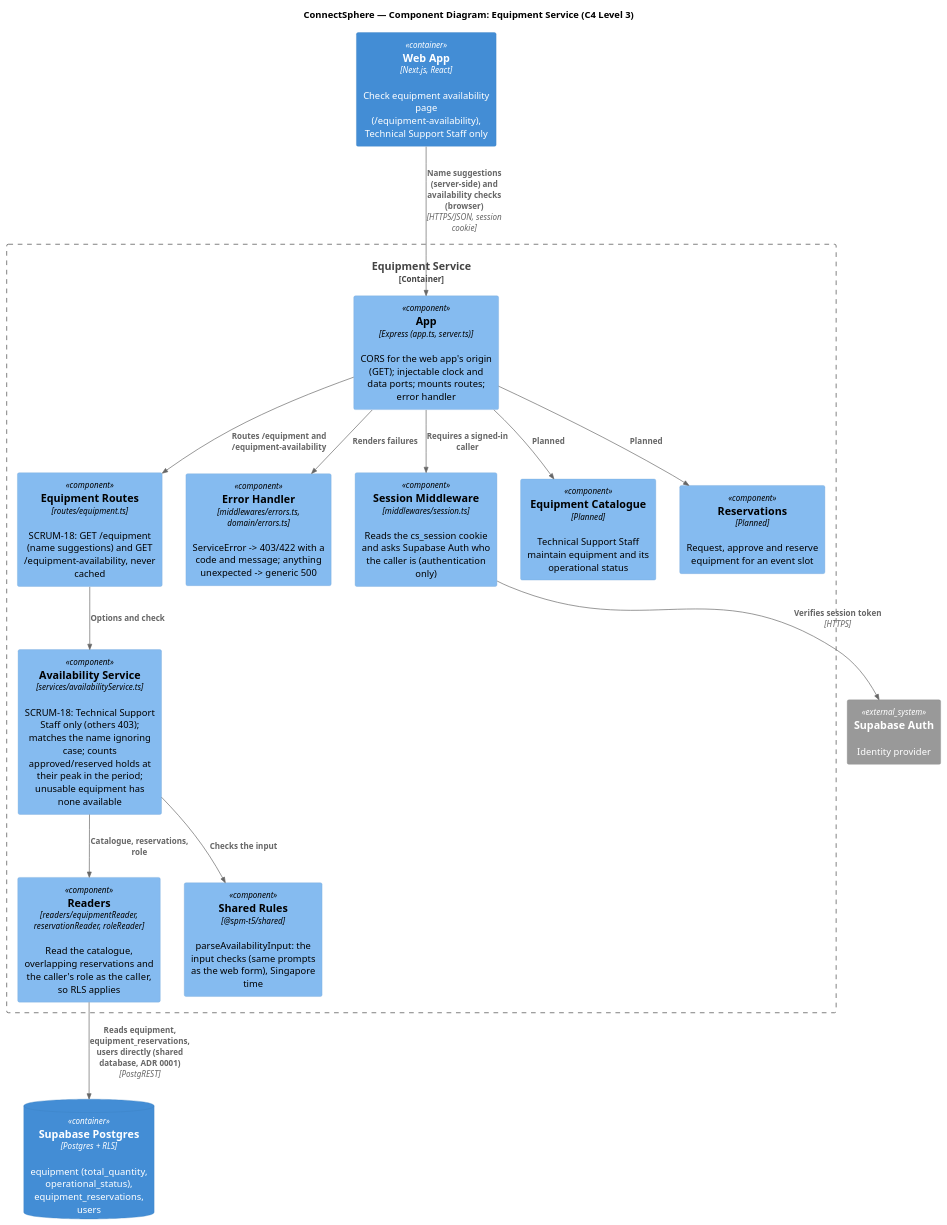
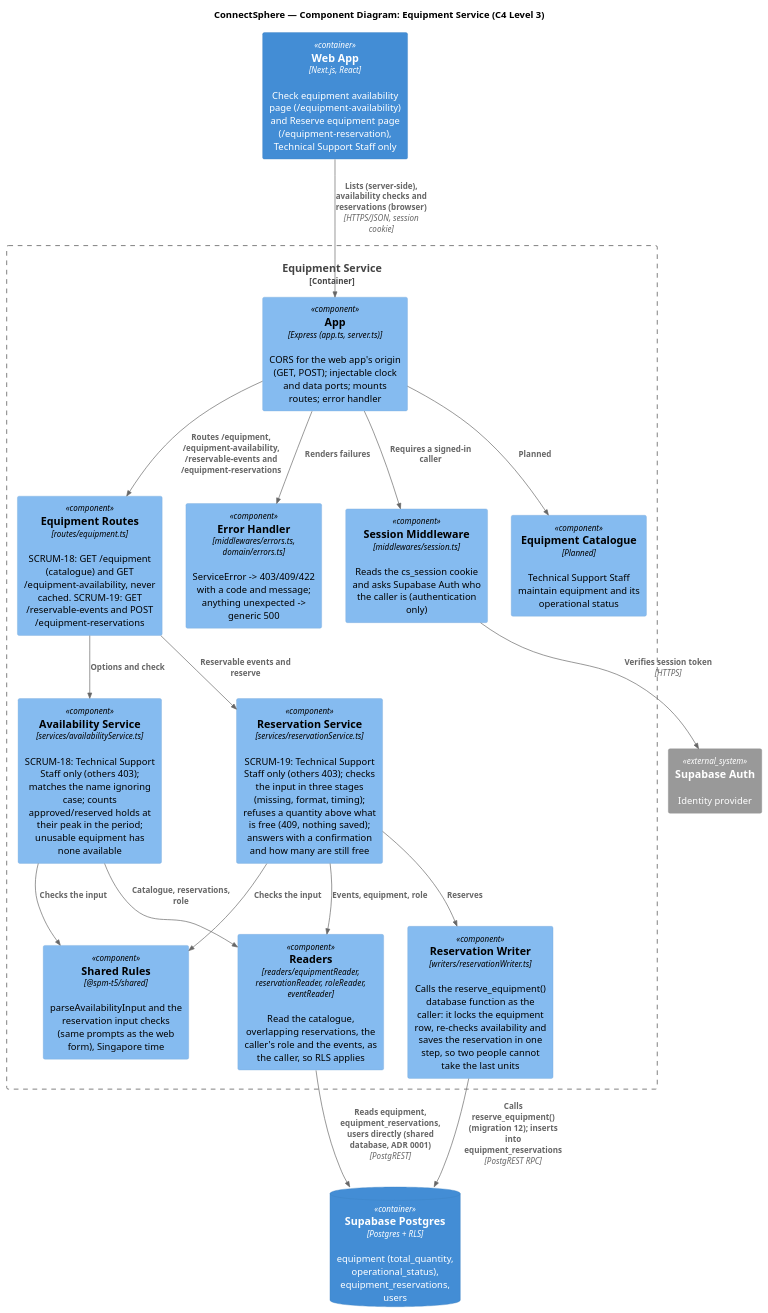
The diagram in docs/architecture/c4/component-equipment-service.puml (danjaii/SPM-T5), drawn with PlantUML before and after one commit. The commit also changed 32 other files, not shown here.

Commit message:
SCRUM-19/AC1,AC2,AC3,AC4,AC5,AC6,AC7,AC8 - Add equipment reservation for events

```diff
--- a/docs/architecture/c4/component-equipment-service.puml
+++ b/docs/architecture/c4/component-equipment-service.puml
@@ -1,37 +1,43 @@
 @startuml component-equipment-service
 !include https://raw.githubusercontent.com/plantuml-stdlib/C4-PlantUML/master/C4_Component.puml
 
 title ConnectSphere — Component Diagram: Equipment Service (C4 Level 3)
-' Built so far: the equipment availability check (docs/specs/equipment-availability.md, SCRUM-18).
-' Components marked "Planned" come with the equipment catalogue, request and reservation stories.
+' Built so far: the equipment availability check (docs/specs/equipment-availability.md, SCRUM-18) and reserving
+' equipment for an event (docs/specs/equipment-reservation.md, SCRUM-19).
+' Components marked "Planned" come with the equipment catalogue story.
 
-Container(web, "Web App", "Next.js, React", "Check equipment availability page (/equipment-availability), Technical Support Staff only")
+Container(web, "Web App", "Next.js, React", "Check equipment availability page (/equipment-availability) and Reserve equipment page (/equipment-reservation), Technical Support Staff only")
 System_Ext(supabaseAuth, "Supabase Auth", "Identity provider")
 ContainerDb(db, "Supabase Postgres", "Postgres + RLS", "equipment (total_quantity, operational_status), equipment_reservations, users")
 
 Container_Boundary(equipmentSvc, "Equipment Service") {
-  Component(app, "App", "Express (app.ts, server.ts)", "CORS for the web app's origin (GET); injectable clock and data ports; mounts routes; error handler")
+  Component(app, "App", "Express (app.ts, server.ts)", "CORS for the web app's origin (GET, POST); injectable clock and data ports; mounts routes; error handler")
   Component(session, "Session Middleware", "middlewares/session.ts", "Reads the cs_session cookie and asks Supabase Auth who the caller is (authentication only)")
-  Component(errors, "Error Handler", "middlewares/errors.ts, domain/errors.ts", "ServiceError -> 403/422 with a code and message; anything unexpected -> generic 500")
-  Component(routes, "Equipment Routes", "routes/equipment.ts", "SCRUM-18: GET /equipment (name suggestions) and GET /equipment-availability, never cached")
+  Component(errors, "Error Handler", "middlewares/errors.ts, domain/errors.ts", "ServiceError -> 403/409/422 with a code and message; anything unexpected -> generic 500")
+  Component(routes, "Equipment Routes", "routes/equipment.ts", "SCRUM-18: GET /equipment (catalogue) and GET /equipment-availability, never cached. SCRUM-19: GET /reservable-events and POST /equipment-reservations")
   Component(availabilitySvc, "Availability Service", "services/availabilityService.ts", "SCRUM-18: Technical Support Staff only (others 403); matches the name ignoring case; counts approved/reserved holds at their peak in the period; unusable equipment has none available")
-  Component(readers, "Readers", "readers/equipmentReader, reservationReader, roleReader", "Read the catalogue, overlapping reservations and the caller's role as the caller, so RLS applies")
-  Component(shared, "Shared Rules", "@spm-t5/shared", "parseAvailabilityInput: the input checks (same prompts as the web form), Singapore time")
+  Component(reservationSvc, "Reservation Service", "services/reservationService.ts", "SCRUM-19: Technical Support Staff only (others 403); checks the input in three stages (missing, format, timing); refuses a quantity above what is free (409, nothing saved); answers with a confirmation and how many are still free")
+  Component(readers, "Readers", "readers/equipmentReader, reservationReader, roleReader, eventReader", "Read the catalogue, overlapping reservations, the caller's role and the events, as the caller, so RLS applies")
+  Component(writer, "Reservation Writer", "writers/reservationWriter.ts", "Calls the reserve_equipment() database function as the caller: it locks the equipment row, re-checks availability and saves the reservation in one step, so two people cannot take the last units")
+  Component(shared, "Shared Rules", "@spm-t5/shared", "parseAvailabilityInput and the reservation input checks (same prompts as the web form), Singapore time")
 
   Component(catalogue, "Equipment Catalogue", "Planned", "Technical Support Staff maintain equipment and its operational status")
-  Component(reservations, "Reservations", "Planned", "Request, approve and reserve equipment for an event slot")
 }
 
-Rel(web, app, "Name suggestions (server-side) and availability checks (browser)", "HTTPS/JSON, session cookie")
+Rel(web, app, "Lists (server-side), availability checks and reservations (browser)", "HTTPS/JSON, session cookie")
 Rel(app, session, "Requires a signed-in caller")
 Rel(session, supabaseAuth, "Verifies session token", "HTTPS")
 Rel(app, errors, "Renders failures")
-Rel(app, routes, "Routes /equipment and /equipment-availability")
+Rel(app, routes, "Routes /equipment, /equipment-availability, /reservable-events and /equipment-reservations")
 Rel(routes, availabilitySvc, "Options and check")
+Rel(routes, reservationSvc, "Reservable events and reserve")
 Rel(availabilitySvc, shared, "Checks the input")
 Rel(availabilitySvc, readers, "Catalogue, reservations, role")
+Rel(reservationSvc, shared, "Checks the input")
+Rel(reservationSvc, readers, "Events, equipment, role")
+Rel(reservationSvc, writer, "Reserves")
+Rel(writer, db, "Calls reserve_equipment() (migration 12); inserts into equipment_reservations", "PostgREST RPC")
 Rel(readers, db, "Reads equipment, equipment_reservations, users directly (shared database, ADR 0001)", "PostgREST")
 
 Rel(app, catalogue, "Planned")
-Rel(app, reservations, "Planned")
 @enduml
```
